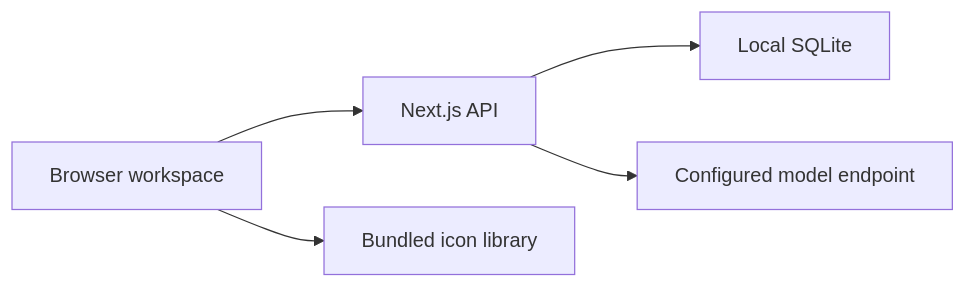
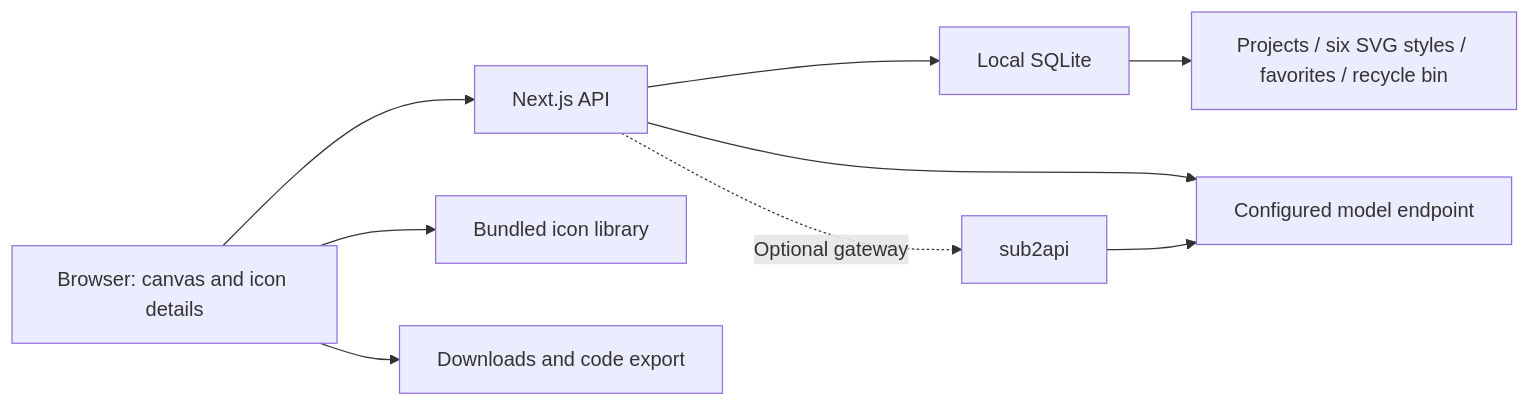
The first of 2 diagrams in README.en.md (Caserla/icongen), drawn with Mermaid before and after one commit. The commit also changed other lines of this file and 1 other file, not shown here.

Commit message:
docs: add architecture and icon generation diagrams

````diff
--- a/README.en.md
+++ b/README.en.md
@@ -87,7 +87,11 @@
 ```mermaid
 flowchart LR
-  UI[Browser workspace] --> API[Next.js API]
+  UI[Browser: canvas and icon details] --> API[Next.js API]
+  UI --> LIBRARY[Bundled icon library]
+  UI --> EXPORT[Downloads and code export]
   API --> DB[Local SQLite]
+  DB --> DATA[Projects / six SVG styles / favorites / recycle bin]
   API --> MODEL[Configured model endpoint]
-  UI --> LIBRARY[Bundled icon library]
+  API -. Optional gateway .-> GATEWAY[sub2api]
+  GATEWAY --> MODEL
 ```
````
